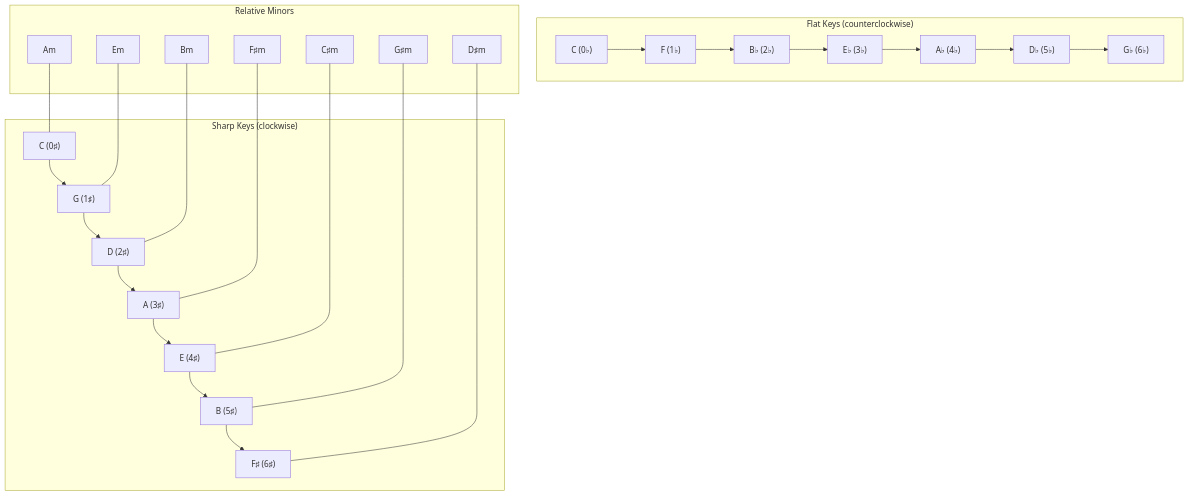
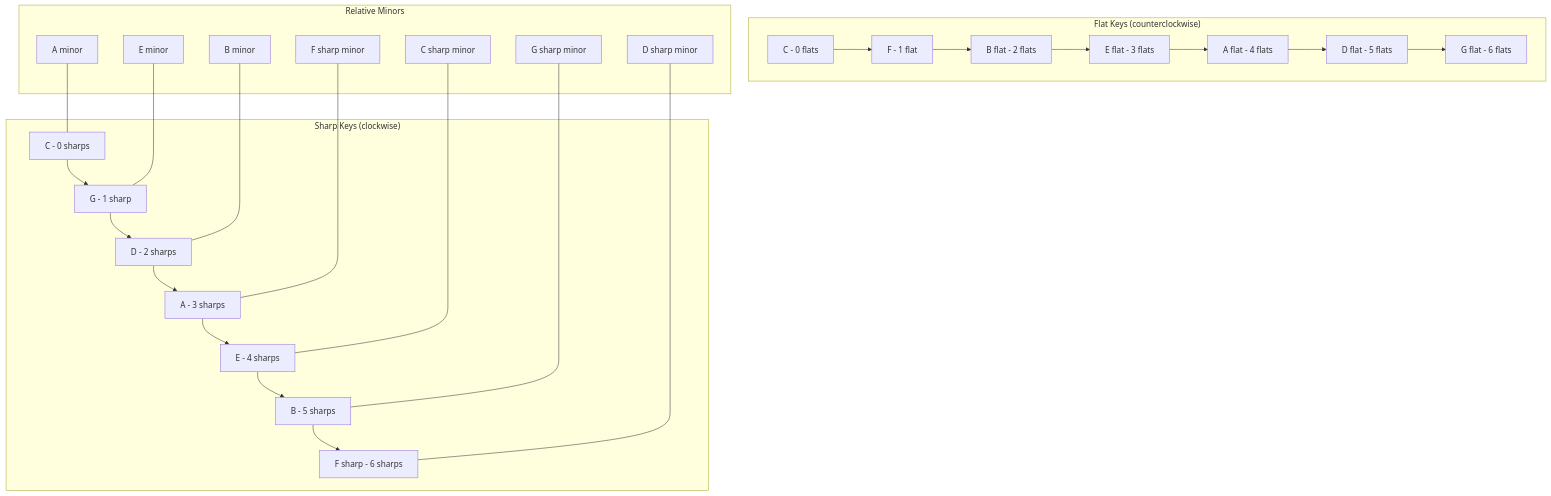
One commit to blebleblee/synapse changed the third of 3 diagrams in topics/arts/music_performance/piano/lesson_03_diatonic_chords_and_voice_leading.md. Above: the diagram before and after it, drawn with Mermaid. The commit also changed other lines of this file and 4 other files, not shown here.

````diff
--- a/topics/arts/music_performance/piano/lesson_03_diatonic_chords_and_voice_leading.md
+++ b/topics/arts/music_performance/piano/lesson_03_diatonic_chords_and_voice_leading.md
@@ -364,20 +349,20 @@
 ```mermaid
 graph TD
     subgraph sub_sharp ["Sharp Keys (clockwise)"]
-        C["C (0♯)"] --> G2["G (1♯)"] --> D2["D (2♯)"] --> A2["A (3♯)"] --> E2["E (4♯)"] --> B2["B (5♯)"] --> Fs2["F♯ (6♯)"]
+        C1["C - 0 sharps"] --> G1["G - 1 sharp"] --> D1["D - 2 sharps"] --> A1["A - 3 sharps"] --> E1["E - 4 sharps"] --> B1["B - 5 sharps"] --> Fs1["F sharp - 6 sharps"]
     end
 
     subgraph sub_flat ["Flat Keys (counterclockwise)"]
-        C2["C (0♭)"] --> F2["F (1♭)"] --> Bb["B♭ (2♭)"] --> Eb["E♭ (3♭)"] --> Ab["A♭ (4♭)"] --> Db["D♭ (5♭)"] --> Gb["G♭ (6♭)"]
+        C2["C - 0 flats"] --> F2["F - 1 flat"] --> Bb2["B flat - 2 flats"] --> Eb2["E flat - 3 flats"] --> Ab2["A flat - 4 flats"] --> Db2["D flat - 5 flats"] --> Gb2["G flat - 6 flats"]
     end
 
     subgraph sub_rel ["Relative Minors"]
-        Am["Am"] --- C
-        Em["Em"] --- G2
-        Bm["Bm"] --- D2
-        Fsm["F♯m"] --- A2
-        Csm["C♯m"] --- E2
-        Gsm["G♯m"] --- B2
-        Dsm["D♯m"] --- Fs2
+        Am2["A minor"] --- C1
+        Em2["E minor"] --- G1
+        Bm2["B minor"] --- D1
+        Fsm2["F sharp minor"] --- A1
+        Csm2["C sharp minor"] --- E1
+        Gsm2["G sharp minor"] --- B1
+        Dsm2["D sharp minor"] --- Fs1
     end
 ```
````
